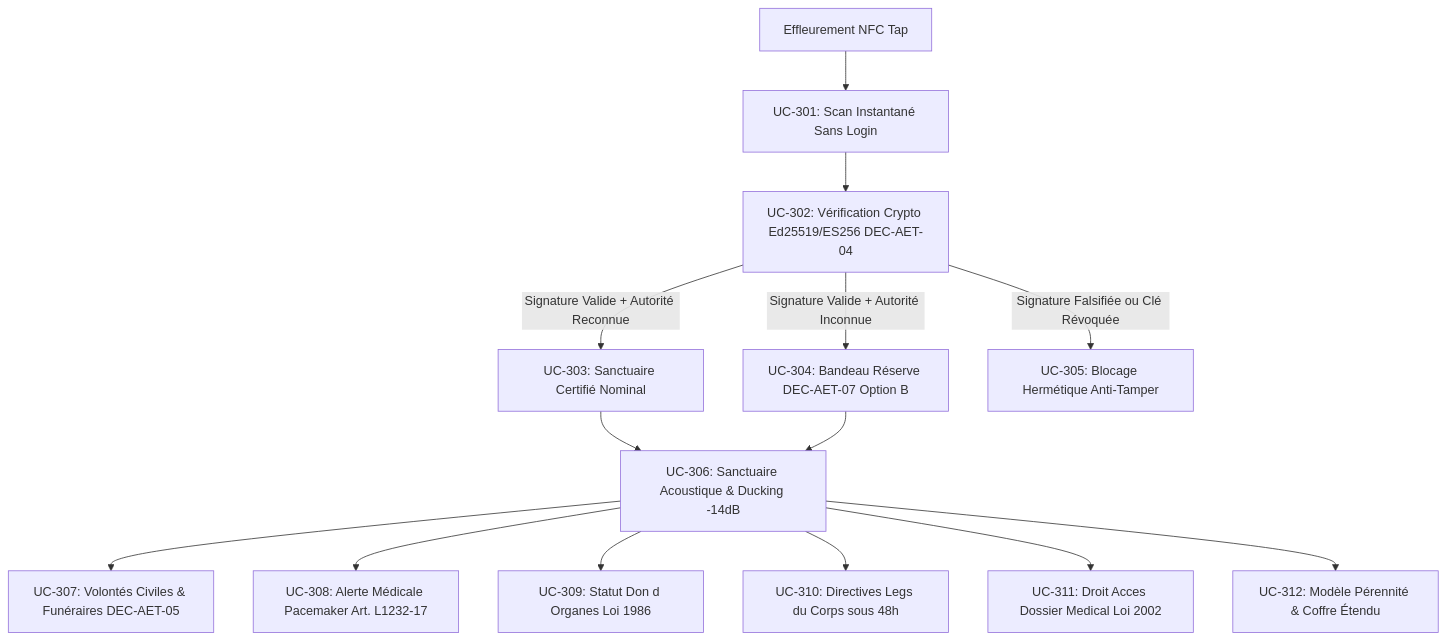
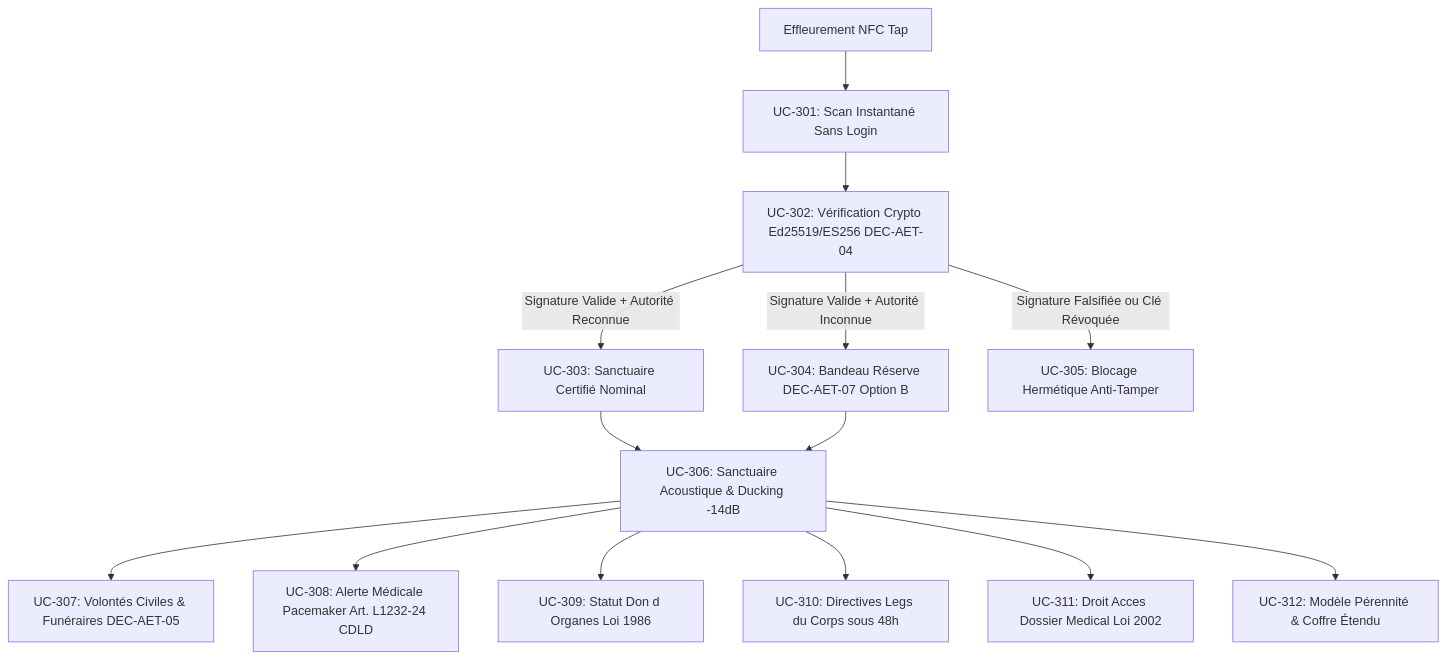
The diagram in bushi/bushi-08-ux-sanctuaire-b2c.md (kurodohenroonsen/AeterniTrak_V1.0), drawn with Mermaid before and after one commit. The commit also changed other lines of this file and 88 other files, not shown here.

Commit message:
feat(audit-remediation): implement 16 missing operational micro use-cases (total 64), harden unit test suites, harmonize legal basis to Art L1232-24 CDLD & Modèle IIIC, and align silicon and sanitary specifications

````diff
--- a/bushi/bushi-08-ux-sanctuaire-b2c.md
+++ b/bushi/bushi-08-ux-sanctuaire-b2c.md
@@ -34,19 +34,19 @@
 ```mermaid
 flowchart TD
     NFC[Effleurement NFC Tap] --> UC301[UC-301: Scan Instantané Sans Login]
     UC301 --> UC302[UC-302: Vérification Crypto Ed25519/ES256 DEC-AET-04]
     
     UC302 -->|Signature Valide + Autorité Reconnue| UC303[UC-303: Sanctuaire Certifié Nominal]
     UC302 -->|Signature Valide + Autorité Inconnue| UC304[UC-304: Bandeau Réserve DEC-AET-07 Option B]
     UC302 -->|Signature Falsifiée ou Clé Révoquée| UC305[UC-305: Blocage Hermétique Anti-Tamper]
     
     UC303 --> UC306[UC-306: Sanctuaire Acoustique & Ducking -14dB]
     UC304 --> UC306
     
     UC306 --> UC307[UC-307: Volontés Civiles & Funéraires DEC-AET-05]
-    UC306 --> UC308[UC-308: Alerte Médicale Pacemaker Art. L1232-17]
+    UC306 --> UC308[UC-308: Alerte Médicale Pacemaker Art. L1232-24 CDLD]
     UC306 --> UC309[UC-309: Statut Don d Organes Loi 1986]
     UC306 --> UC310[UC-310: Directives Legs du Corps sous 48h]
     UC306 --> UC311[UC-311: Droit Acces Dossier Medical Loi 2002]
     UC306 --> UC312[UC-312: Modèle Pérennité & Coffre Étendu]
 ```
````
